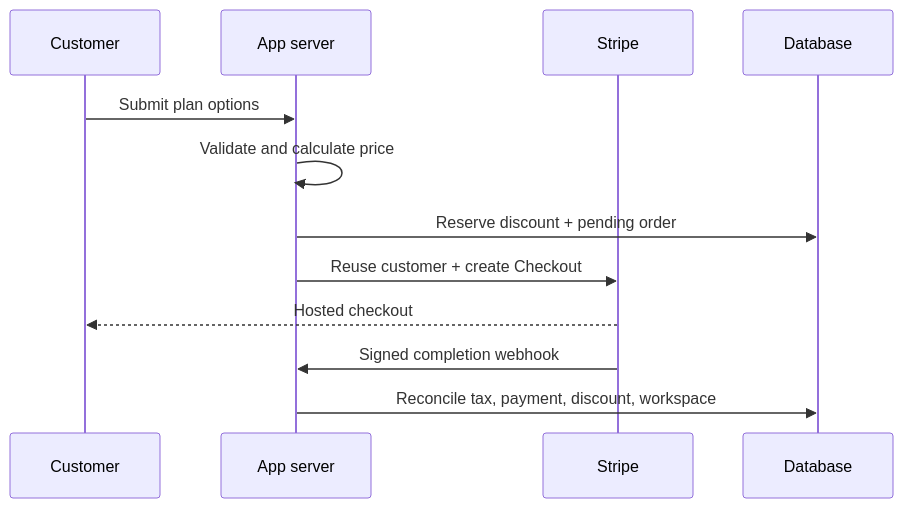
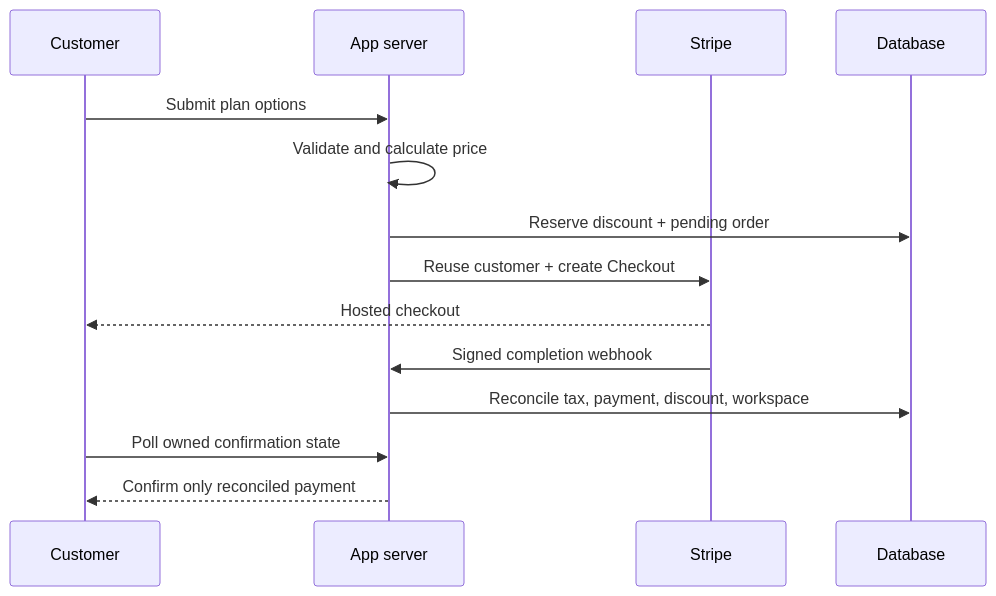
The second of 2 diagrams in docs/ARCHITECTURE.md (mohamadreza121/Dota2Boost), drawn with Mermaid before and after one commit. The commit also changed other lines of this file and 51 other files, not shown here.

````diff
--- a/docs/ARCHITECTURE.md
+++ b/docs/ARCHITECTURE.md
@@ -37,14 +37,16 @@
 ```mermaid
 sequenceDiagram
     participant C as Customer
     participant A as App server
     participant S as Stripe
     participant D as Database
     C->>A: Submit plan options
     A->>A: Validate and calculate price
     A->>D: Reserve discount + pending order
     A->>S: Reuse customer + create Checkout
     S-->>C: Hosted checkout
     S->>A: Signed completion webhook
     A->>D: Reconcile tax, payment, discount, workspace
+    C->>A: Poll owned confirmation state
+    A-->>C: Confirm only reconciled payment
 ```
````
